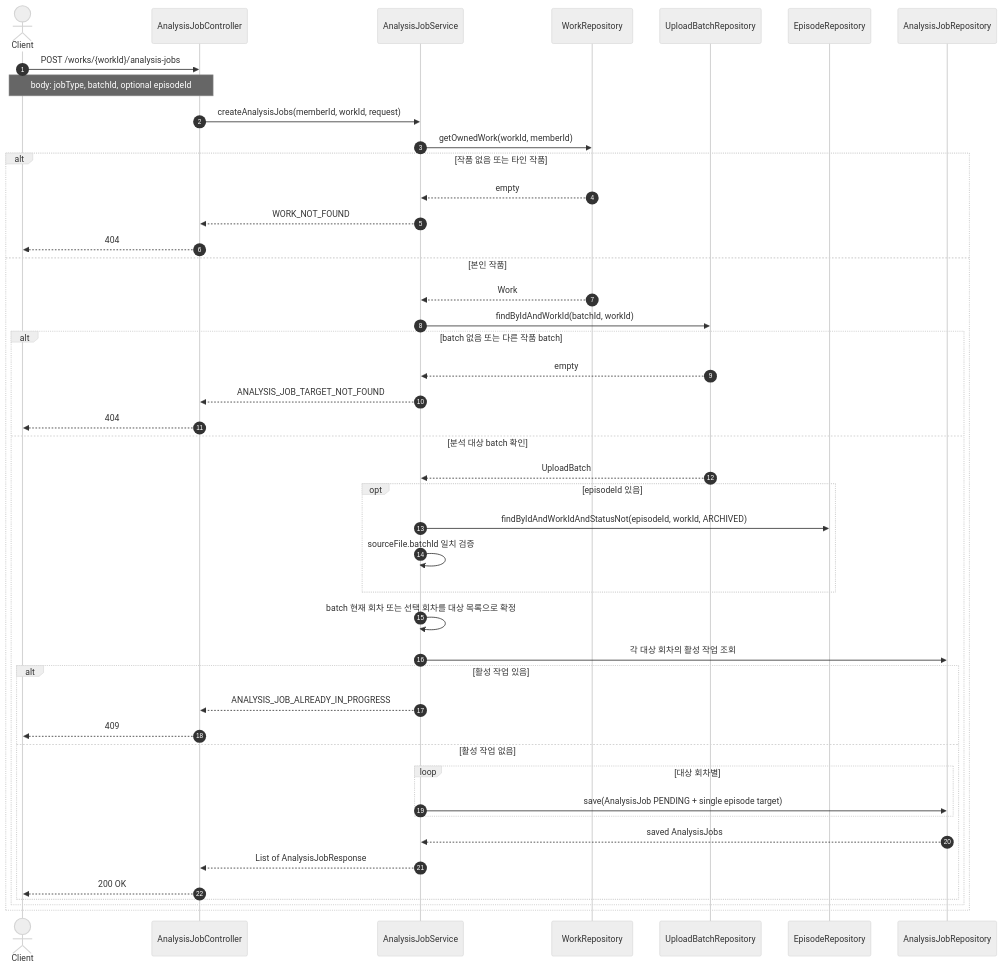
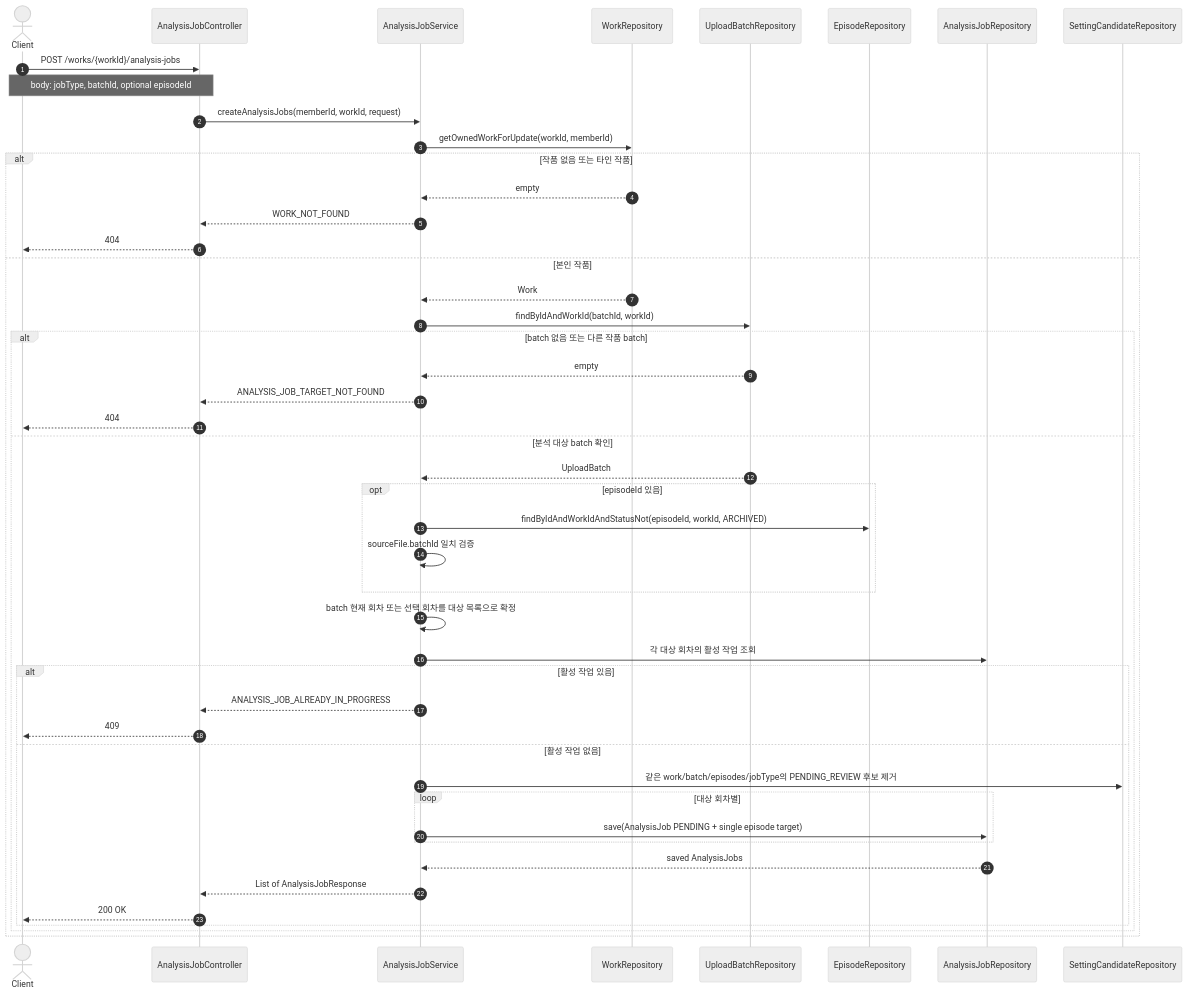
The fourth of 11 diagrams in docs/analysis-workflow.md (catchhole-soma/catchhole-backend-java), drawn with Mermaid (neutral theme) before and after one commit. The commit also changed other lines of this file and 9 other files, not shown here.

````diff
--- a/docs/analysis-workflow.md
+++ b/docs/analysis-workflow.md
@@ -111,48 +111,50 @@
 ```mermaid
 sequenceDiagram
     autonumber
     actor Client
     participant Controller as AnalysisJobController
     participant Service as AnalysisJobService
     participant WorkRepo as WorkRepository
     participant BatchRepo as UploadBatchRepository
     participant EpisodeRepo as EpisodeRepository
     participant JobRepo as AnalysisJobRepository
+    participant CandidateRepo as SettingCandidateRepository
 
     Client->>Controller: POST /works/{workId}/analysis-jobs
     Note over Client,Controller: body: jobType, batchId, optional episodeId
     Controller->>Service: createAnalysisJobs(memberId, workId, request)
-    Service->>WorkRepo: getOwnedWork(workId, memberId)
+    Service->>WorkRepo: getOwnedWorkForUpdate(workId, memberId)
     alt 작품 없음 또는 타인 작품
         WorkRepo-->>Service: empty
         Service-->>Controller: WORK_NOT_FOUND
         Controller-->>Client: 404
     else 본인 작품
         WorkRepo-->>Service: Work
         Service->>BatchRepo: findByIdAndWorkId(batchId, workId)
         alt batch 없음 또는 다른 작품 batch
             BatchRepo-->>Service: empty
             Service-->>Controller: ANALYSIS_JOB_TARGET_NOT_FOUND
             Controller-->>Client: 404
         else 분석 대상 batch 확인
             BatchRepo-->>Service: UploadBatch
             opt episodeId 있음
                 Service->>EpisodeRepo: findByIdAndWorkIdAndStatusNot(episodeId, workId, ARCHIVED)
                 Service->>Service: sourceFile.batchId 일치 검증
             end
             Service->>Service: batch 현재 회차 또는 선택 회차를 대상 목록으로 확정
             Service->>JobRepo: 각 대상 회차의 활성 작업 조회
             alt 활성 작업 있음
                 Service-->>Controller: ANALYSIS_JOB_ALREADY_IN_PROGRESS
                 Controller-->>Client: 409
             else 활성 작업 없음
+                Service->>CandidateRepo: 같은 work/batch/episodes/jobType의 PENDING_REVIEW 후보 제거
                 loop 대상 회차별
                     Service->>JobRepo: save(AnalysisJob PENDING + single episode target)
                 end
                 JobRepo-->>Service: saved AnalysisJobs
                 Service-->>Controller: List of AnalysisJobResponse
                 Controller-->>Client: 200 OK
             end
         end
     end
 ```
````
